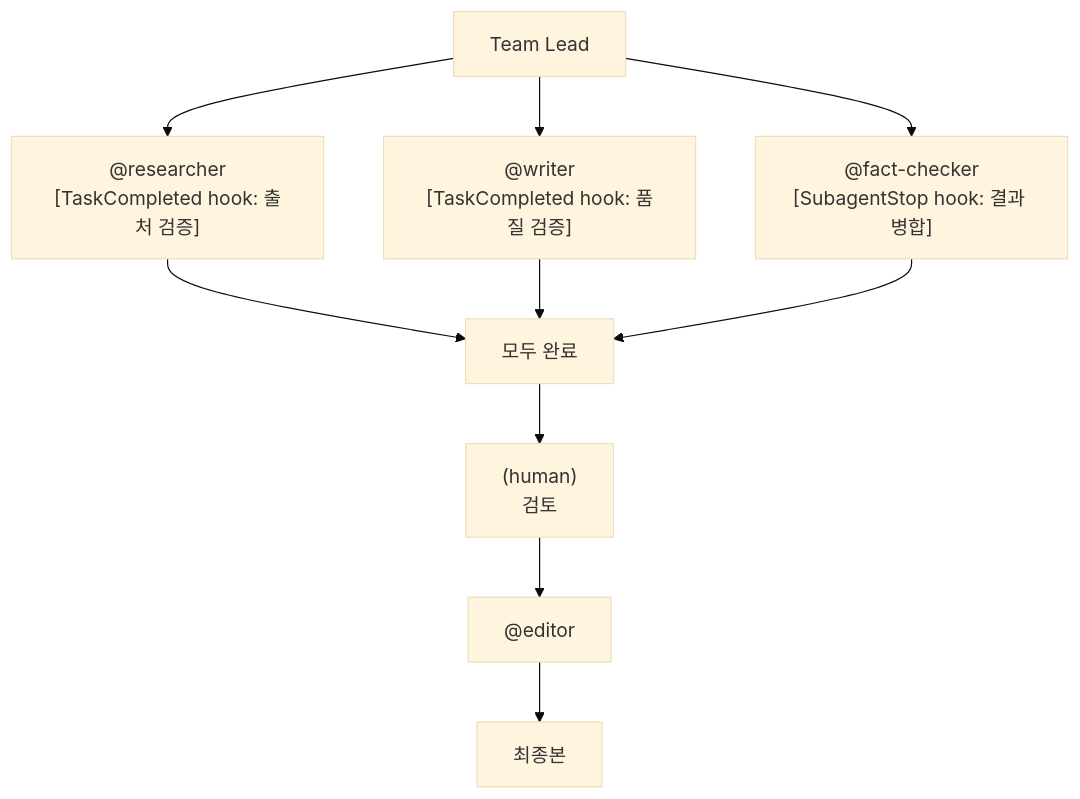
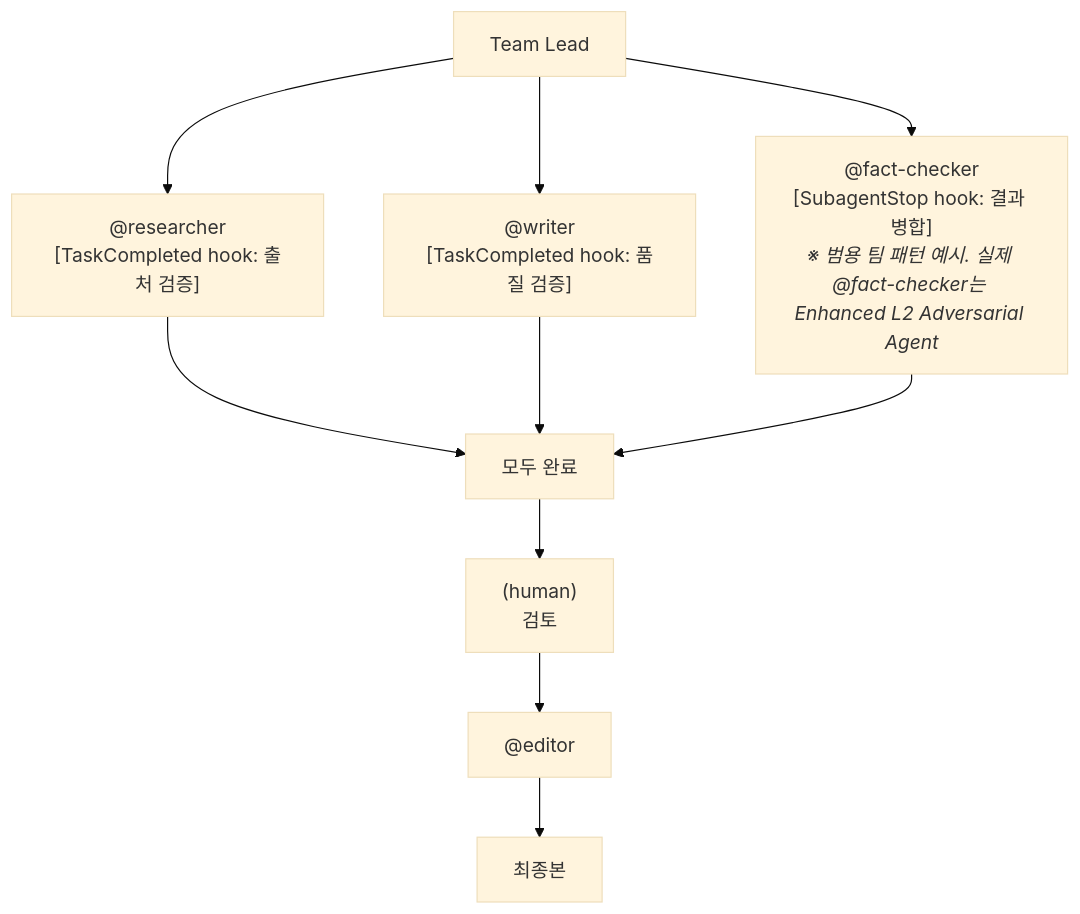
Before and after one commit to oogisoogi/AgenticWorkflow: diagram 11 of 13 in AGENTICWORKFLOW-ARCHITECTURE-AND-PHILOSOPHY.md, drawn with Mermaid (base theme). The commit also changed 13 other files, not shown here.

First line of the commit message:
feat: Adversarial Review + 종합 감사 — Enhanced L2 품질 계층 + SOT 스키마 완전성 + Context Memory 최적화

````diff
--- a/AGENTICWORKFLOW-ARCHITECTURE-AND-PHILOSOPHY.md
+++ b/AGENTICWORKFLOW-ARCHITECTURE-AND-PHILOSOPHY.md
@@ -1027,12 +1027,12 @@
 ```mermaid
 graph TB
     TL["Team Lead"] --> R["@researcher<br/>[TaskCompleted hook: 출처 검증]"]
     TL --> W["@writer<br/>[TaskCompleted hook: 품질 검증]"]
-    TL --> FC["@fact-checker<br/>[SubagentStop hook: 결과 병합]"]
+    TL --> FC["@fact-checker<br/>[SubagentStop hook: 결과 병합]<br/><i>※ 범용 팀 패턴 예시. 실제 @fact-checker는 Enhanced L2 Adversarial Agent</i>"]
     R --> ALL["모두 완료"]
     W --> ALL
     FC --> ALL
     ALL --> H["(human)<br/>검토"]
     H --> ED["@editor"]
     ED --> FINAL["최종본"]
 ```
````
